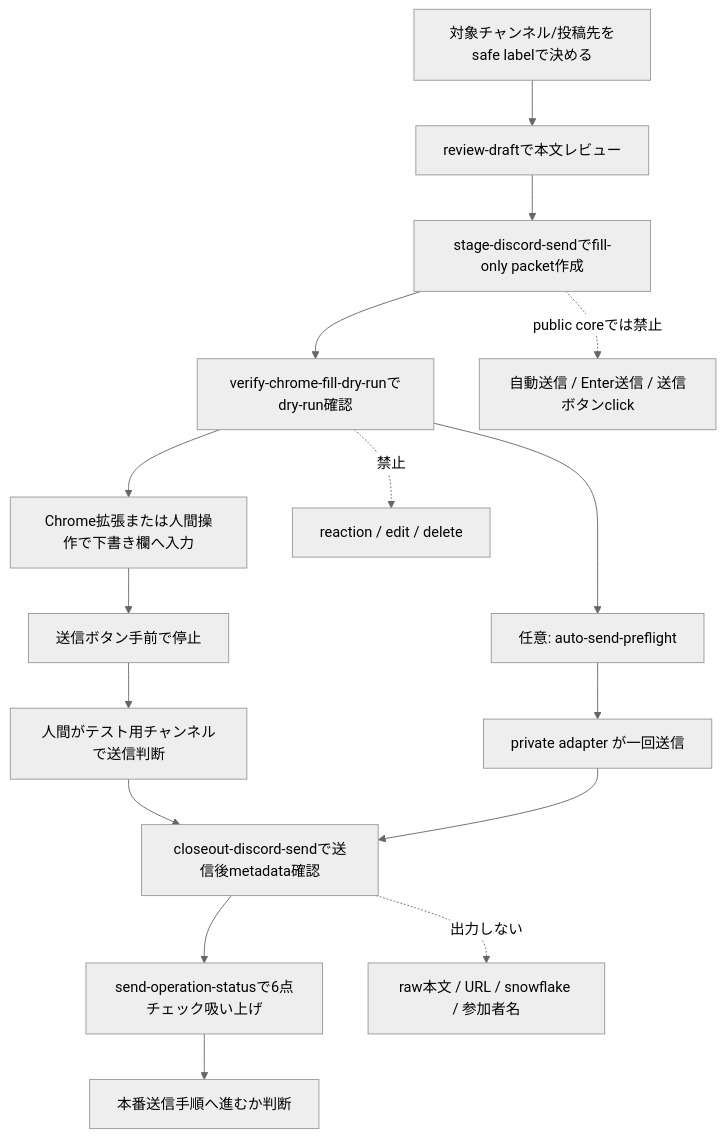
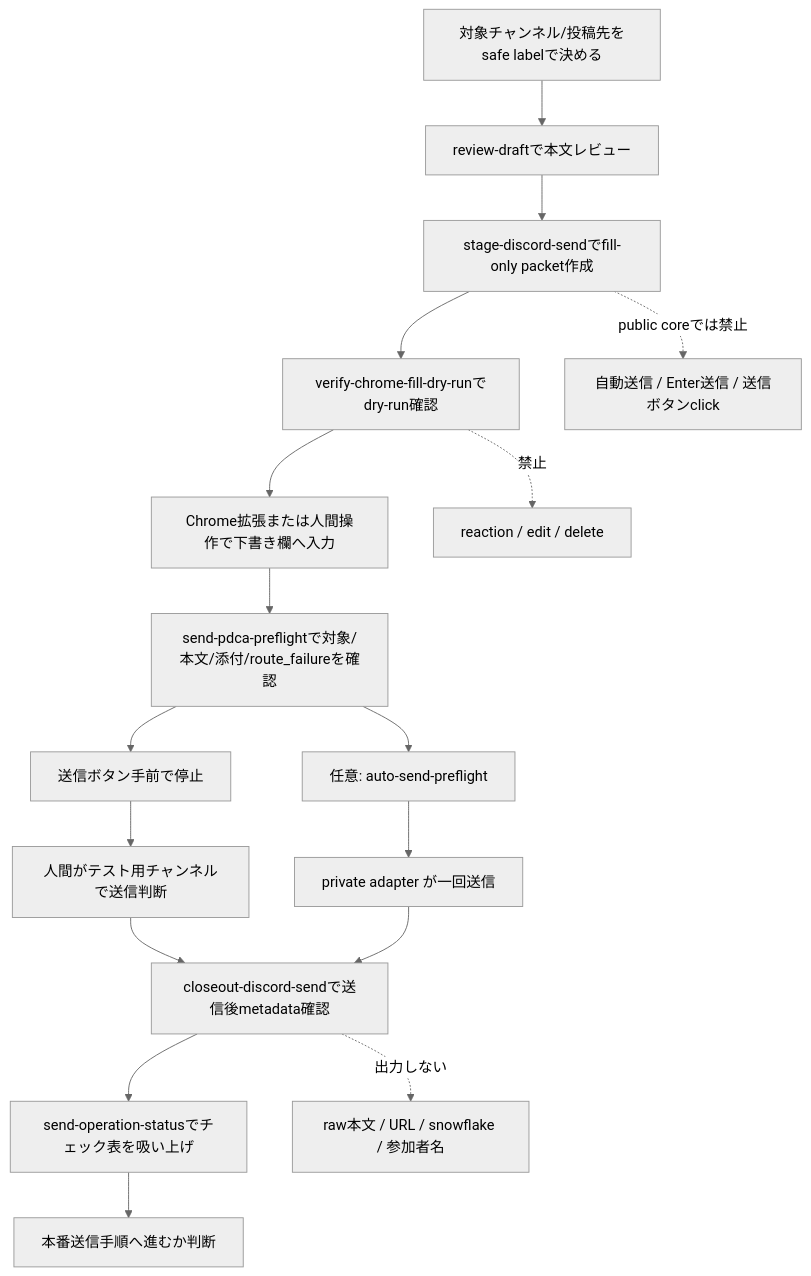
The first of 2 diagrams in docs/discord-send-operation-runbook.md (nexus-ai-2045/discord-context-bridge), drawn with Mermaid (neutral theme) before and after one commit. The commit also changed other lines of this file and 9 other files, not shown here.

Commit message:
Add send PDCA preflight smoke (#22)

````diff
--- a/docs/discord-send-operation-runbook.md
+++ b/docs/discord-send-operation-runbook.md
@@ -8,20 +8,21 @@
 ```mermaid
 flowchart TD
   start["対象チャンネル/投稿先をsafe labelで決める"] --> review["review-draftで本文レビュー"]
   review --> stage["stage-discord-sendでfill-only packet作成"]
   stage --> dry["verify-chrome-fill-dry-runでdry-run確認"]
   dry --> fill["Chrome拡張または人間操作で下書き欄へ入力"]
-  fill --> stop["送信ボタン手前で停止"]
+  fill --> pdca["send-pdca-preflightで対象/本文/添付/route_failureを確認"]
+  pdca --> stop["送信ボタン手前で停止"]
   stop --> human["人間がテスト用チャンネルで送信判断"]
   human --> closeout["closeout-discord-sendで送信後metadata確認"]
-  closeout --> status["send-operation-statusで6点チェック吸い上げ"]
+  closeout --> status["send-operation-statusでチェック表を吸い上げ"]
   status --> prod["本番送信手順へ進むか判断"]
 
-  dry --> auto_preflight["任意: auto-send-preflight"]
+  pdca --> auto_preflight["任意: auto-send-preflight"]
   auto_preflight --> adapter["private adapter が一回送信"]
   adapter --> closeout
 
   stage -. "public coreでは禁止" .-> auto_send["自動送信 / Enter送信 / 送信ボタンclick"]
   dry -. "禁止" .-> reaction["reaction / edit / delete"]
   closeout -. "出力しない" .-> raw["raw本文 / URL / snowflake / 参加者名"]
 ```
````
